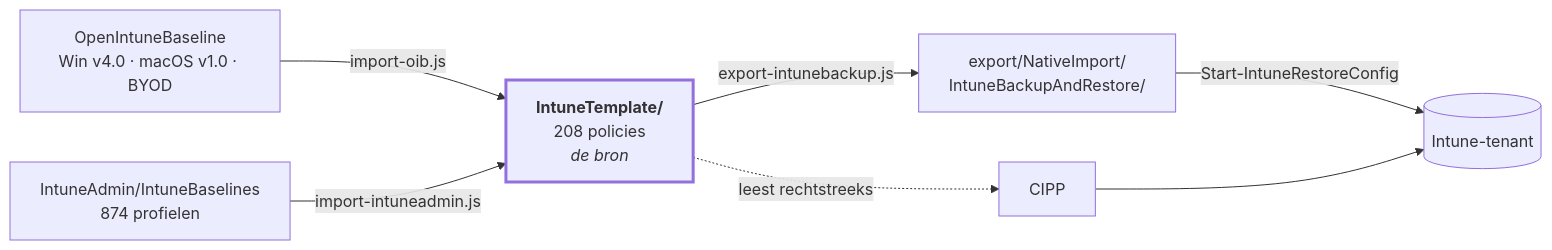
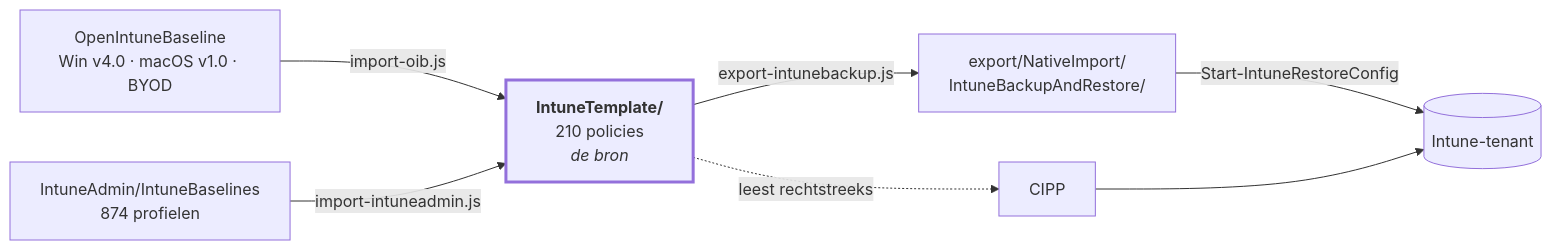
Before and after one commit to sjkanon/IntuneBackup: the diagram in README.md, drawn with Mermaid. The commit also changed other lines of this file and 47 other files, not shown here.

````diff
--- a/README.md
+++ b/README.md
@@ -20,17 +20,17 @@
 ```mermaid
 flowchart LR
   OIB["OpenIntuneBaseline<br/>Win v4.0 · macOS v1.0 · BYOD"]
-  T["<b>IntuneTemplate/</b><br/>208 policies<br/><i>de bron</i>"]
+  T["<b>IntuneTemplate/</b><br/>210 policies<br/><i>de bron</i>"]
   EX["export/NativeImport/<br/>IntuneBackupAndRestore/"]
   TENANT[("Intune-tenant")]
 
   OIB -->|import-oib.js| T
   T -->|export-intunebackup.js| EX
   T -.->|leest rechtstreeks| CIPP[CIPP]
   EX -->|Start-IntuneRestoreConfig| TENANT
   CIPP --> TENANT
 
   IA["IntuneAdmin/IntuneBaselines<br/>874 profielen"] -->|import-intuneadmin.js| T
 
   style T stroke-width:3px
 ```
````
